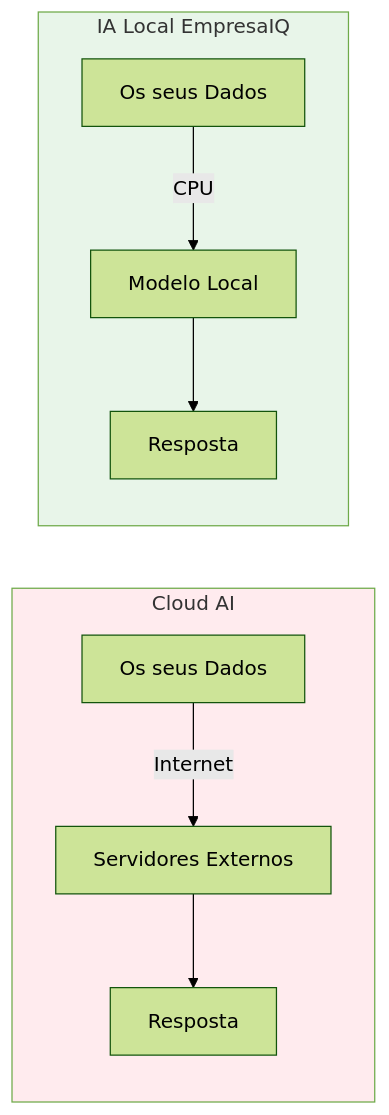
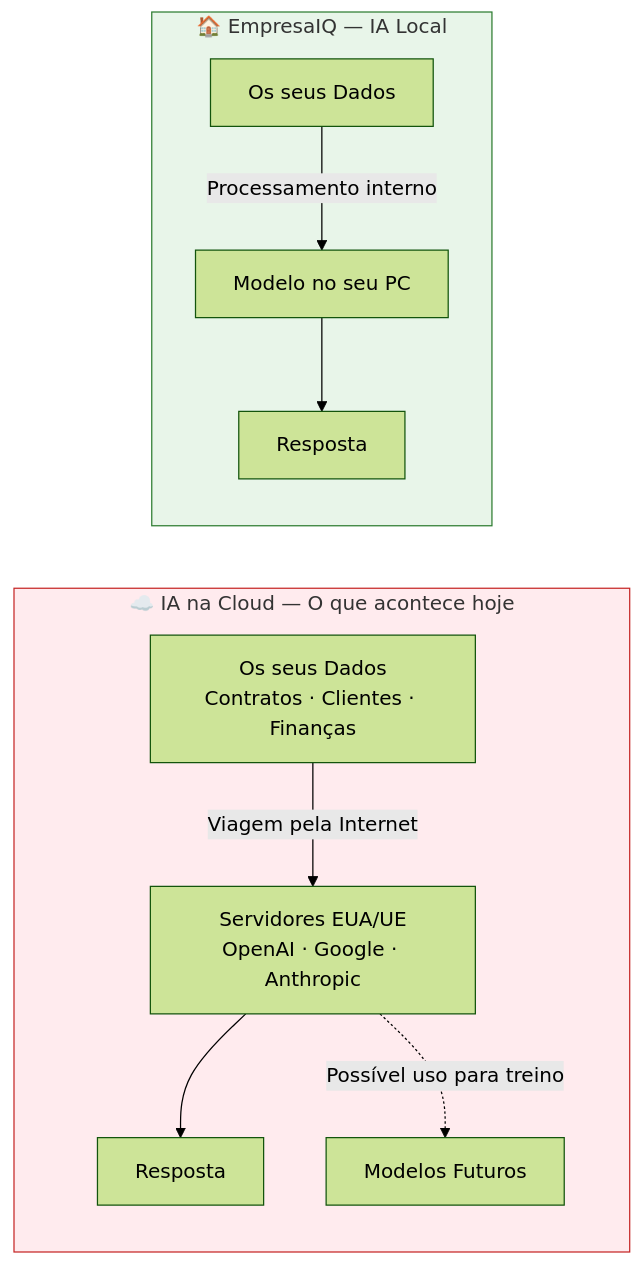
The diagram in docs/02-porque-ia-local.md (icpmtech/empresaiq-ebook), drawn with Mermaid (forest theme) before and after one commit. The commit also changed other lines of this file and 24 other files, not shown here.

````diff
--- a/docs/02-porque-ia-local.md
+++ b/docs/02-porque-ia-local.md
@@ -6,11 +25,14 @@
 ```mermaid
 graph LR
-    subgraph cloud[Cloud AI]
-        d1[Os seus Dados] -->|Internet| s[Servidores Externos] --> r1[Resposta]
+    subgraph cloud[☁️ IA na Cloud — O que acontece hoje]
+        d1[Os seus Dados\nContratos · Clientes · Finanças] -->|Viagem pela Internet| s[Servidores EUA/UE\nOpenAI · Google · Anthropic]
+        s --> r1[Resposta]
+        s -.->|Possível uso para treino| tr[Modelos Futuros]
     end
-    subgraph local[IA Local EmpresaIQ]
-        d2[Os seus Dados] -->|CPU| m[Modelo Local] --> r2[Resposta]
+    subgraph local[🏠 EmpresaIQ — IA Local]
+        d2[Os seus Dados] -->|Processamento interno| m[Modelo no seu PC]
+        m --> r2[Resposta]
     end
-    style local fill:#e8f5e9
-    style cloud fill:#ffebee
+    style local fill:#e8f5e9,stroke:#2e7d32
+    style cloud fill:#ffebee,stroke:#c62828
 ```
````
